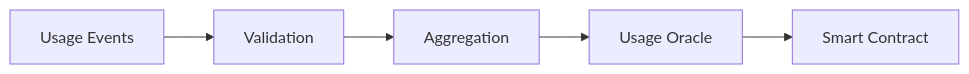
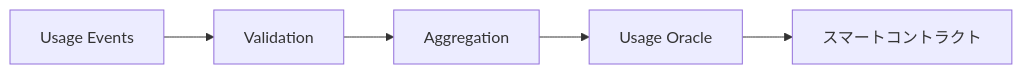
Before and after one commit to ShigeichiroYamasaki/creator-first-platform: diagram 15 of 48 in docs/whitepaper/10-security.md, drawn with Mermaid. The commit also changed other lines of this file and 67 other files, not shown here.

````diff
--- a/docs/whitepaper/10-security.md
+++ b/docs/whitepaper/10-security.md
@@ -491,10 +491,10 @@
 ```mermaid
 flowchart LR
     EVENTS[Usage Events]
     VALID[Validation]
     AGG[Aggregation]
     ORACLE[Usage Oracle]
-    SC[Smart Contract]
+    SC[スマートコントラクト]
 
     EVENTS --> VALID --> AGG --> ORACLE --> SC
 ```
````
